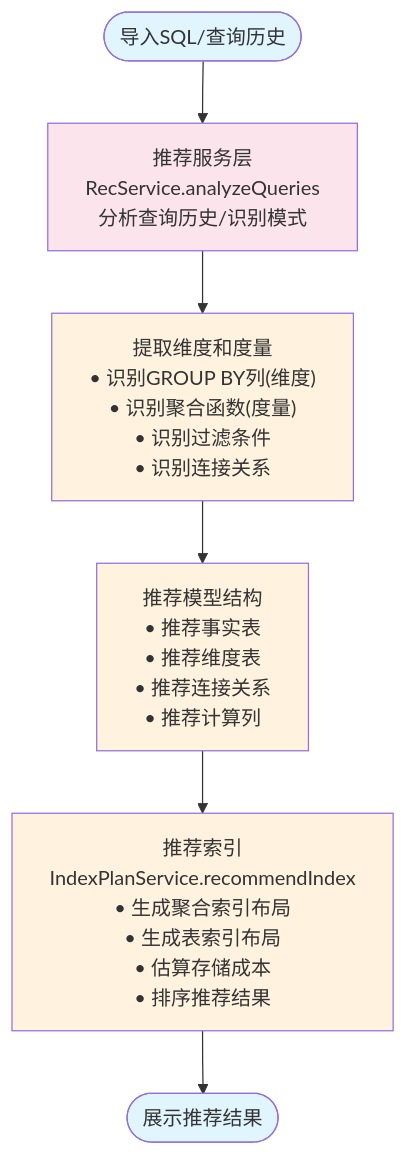
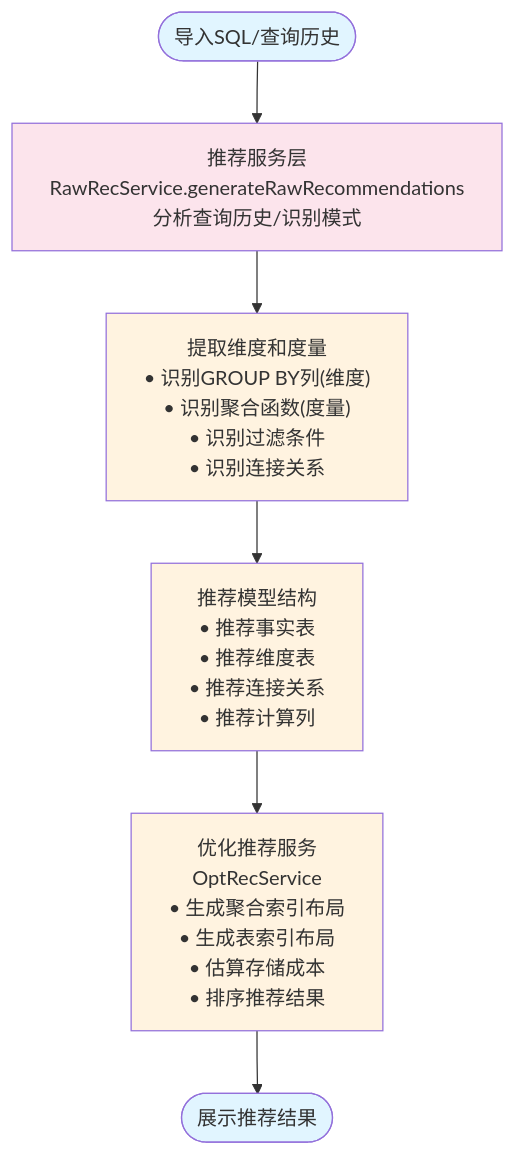
One commit to insomniacdoll/kylin changed the sixth of 13 diagrams in doc/user-workflow.md. Above: the diagram before and after it, drawn with Mermaid. The commit also changed other lines of this file and 1 other file, not shown here.

Commit message:
add architecture.md and user-workflow.md

````diff
--- a/doc/user-workflow.md
+++ b/doc/user-workflow.md
@@ -149,15 +149,15 @@
 ```mermaid
 flowchart TD
-    Start([导入SQL/查询历史]) --> Analyze["推荐服务层<br/>RecService.analyzeQueries<br/>分析查询历史/识别模式"]
-    Analyze --> Extract["提取维度和度量<br/>• 识别GROUP BY列(维度)<br/>• 识别聚合函数(度量)<br/>• 识别过滤条件<br/>• 识别连接关系"]
+    Start([导入SQL/查询历史]) --> RawRec["推荐服务层<br/>RawRecService.generateRawRecommendations<br/>分析查询历史/识别模式"]
+    RawRec --> Extract["提取维度和度量<br/>• 识别GROUP BY列(维度)<br/>• 识别聚合函数(度量)<br/>• 识别过滤条件<br/>• 识别连接关系"]
     Extract --> RecommendModel["推荐模型结构<br/>• 推荐事实表<br/>• 推荐维度表<br/>• 推荐连接关系<br/>• 推荐计算列"]
-    RecommendModel --> RecommendIndex["推荐索引<br/>IndexPlanService.recommendIndex<br/>• 生成聚合索引布局<br/>• 生成表索引布局<br/>• 估算存储成本<br/>• 排序推荐结果"]
-    RecommendIndex --> End([展示推荐结果])
+    RecommendModel --> OptRec["优化推荐服务<br/>OptRecService<br/>• 生成聚合索引布局<br/>• 生成表索引布局<br/>• 估算存储成本<br/>• 排序推荐结果"]
+    OptRec --> End([展示推荐结果])
 
     style Start fill:#e1f5ff
     style End fill:#e1f5ff
-    style Analyze fill:#fce4ec
+    style RawRec fill:#fce4ec
     style Extract fill:#fff3e0
     style RecommendModel fill:#fff3e0
-    style RecommendIndex fill:#fff3e0
+    style OptRec fill:#fff3e0
 ```
````
